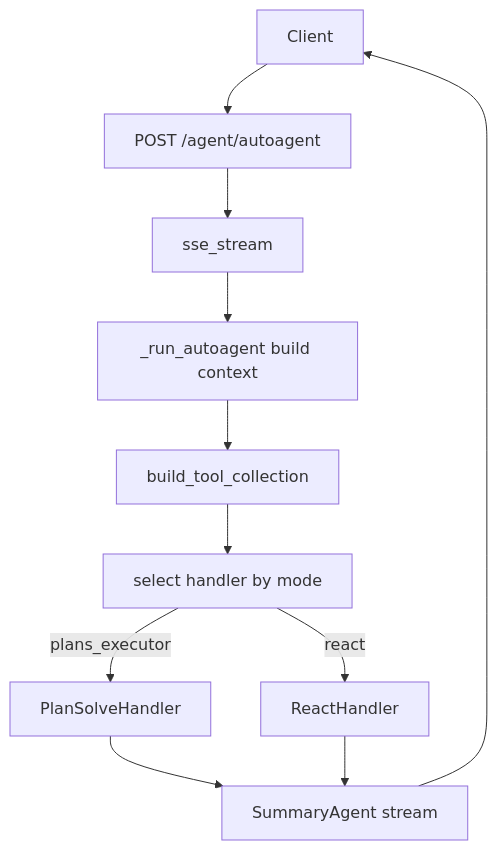
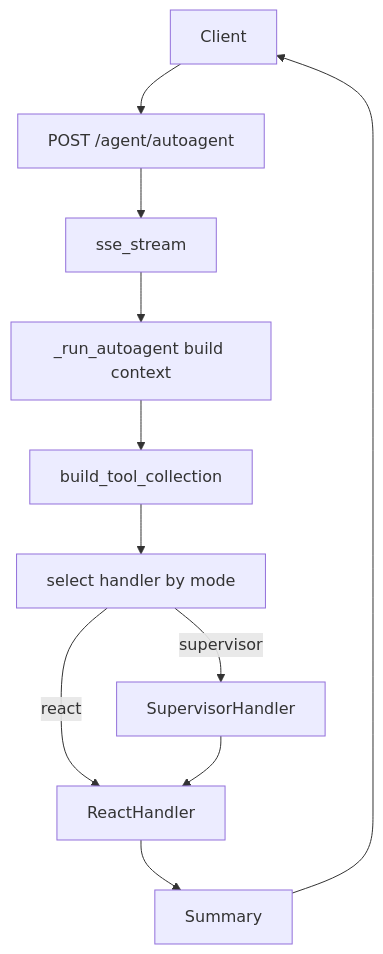
The first of 2 diagrams in task-pilot-agent/README.md (youkuxiaobin/task-pilot-agent), drawn with Mermaid before and after one commit. The commit also changed other lines of this file and 30 other files, not shown here.

Commit message:
Remove legacy plan solve flow

````diff
--- a/task-pilot-agent/README.md
+++ b/task-pilot-agent/README.md
@@ -71,13 +71,13 @@
 ```mermaid
 graph TD
   Client --> AutoAgent[POST /agent/autoagent]
   AutoAgent --> SSE[sse_stream]
   SSE --> Ctx[_run_autoagent build context]
   Ctx --> Tools[build_tool_collection]
   Tools --> Pick[select handler by mode]
-  Pick -->|plans_executor| PlanSolve[PlanSolveHandler]
+  Pick -->|supervisor| Supervisor[SupervisorHandler]
   Pick -->|react| React[ReactHandler]
-  PlanSolve --> Summary[SummaryAgent stream]
+  Supervisor --> React
   React --> Summary
   Summary --> Client
 ```
````
